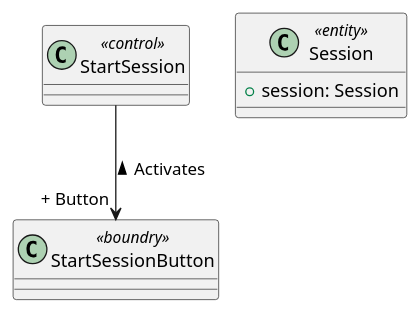
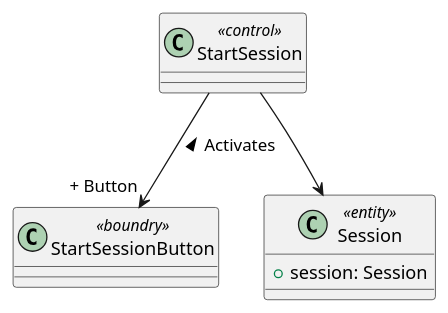
The second of 2 diagrams in Use Cases/StartSession.iuml (bmb0136/COMP-3700-Project), drawn with PlantUML before and after one commit.

Commit message:
fixed StartSession Obj

```diff
--- a/Use Cases/StartSession.iuml
+++ b/Use Cases/StartSession.iuml
@@ -28,8 +28,9 @@
 @startuml StartSession Object
 class StartSession <<control>>
 class StartSessionButton <<boundry>>
 class Session <<entity>>{
   + session: Session
 }
 StartSession --> "+ Button" StartSessionButton: Activates <
+StartSession --> Session
 @enduml
```
